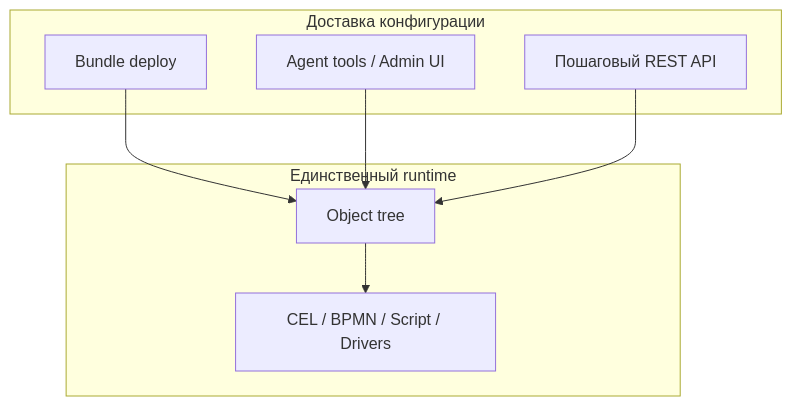
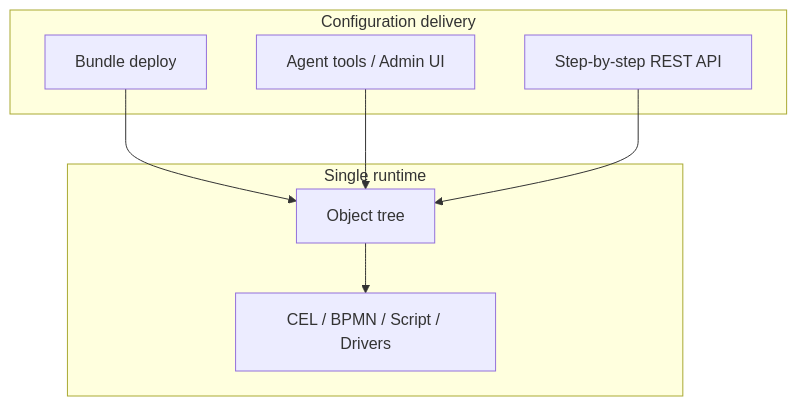
Before and after one commit to iot-solutions-ru/ispf: the diagram in docs/ru/application-principles.md, drawn with Mermaid. The commit also changed other lines of this file and 148 other files, not shown here.

````diff
--- a/docs/ru/application-principles.md
+++ b/docs/ru/application-principles.md
@@ -32,16 +34,16 @@
 ```mermaid
 flowchart TB
-    subgraph delivery [Доставка конфигурации]
+    subgraph delivery [Configuration delivery]
         Bundle[Bundle deploy]
         Tools[Agent tools / Admin UI]
-        REST[Пошаговый REST API]
+        REST[Step-by-step REST API]
     end
-    subgraph runtime [Единственный runtime]
+    subgraph runtime [Single runtime]
         Tree[Object tree]
         Engines[CEL / BPMN / Script / Drivers]
     end
     Bundle --> Tree
     Tools --> Tree
     REST --> Tree
     Tree --> Engines
 ```
````
